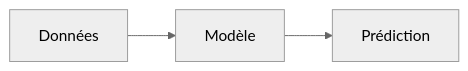
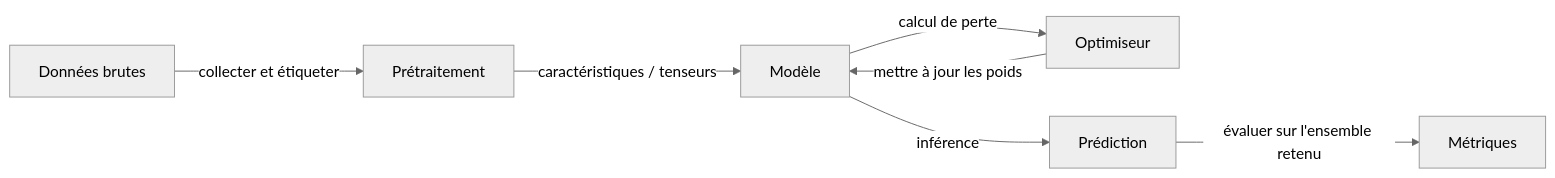
Before and after one commit to EmersonBraun/ai-summary-hub: the diagram in i18n/fr/docusaurus-plugin-content-docs/current/fundamentals/index.md, drawn with Mermaid (neutral theme). The commit also changed other lines of this file and 242 other files, not shown here.

````diff
--- a/i18n/fr/docusaurus-plugin-content-docs/current/fundamentals/index.md
+++ b/i18n/fr/docusaurus-plugin-content-docs/current/fundamentals/index.md
@@ -17,5 +21,9 @@
 ```mermaid
 flowchart LR
-  Data[Données] --> Model[Modèle]
-  Model --> Prediction[Prédiction]
+  Data[Données brutes] -->|collecter et étiqueter| Preprocess[Prétraitement]
+  Preprocess -->|caractéristiques / tenseurs| Model[Modèle]
+  Model -->|calcul de perte| Optimizer[Optimiseur]
+  Optimizer -->|mettre à jour les poids| Model
+  Model -->|inférence| Prediction[Prédiction]
+  Prediction -->|évaluer sur l'ensemble retenu| Metrics[Métriques]
 ```
````
